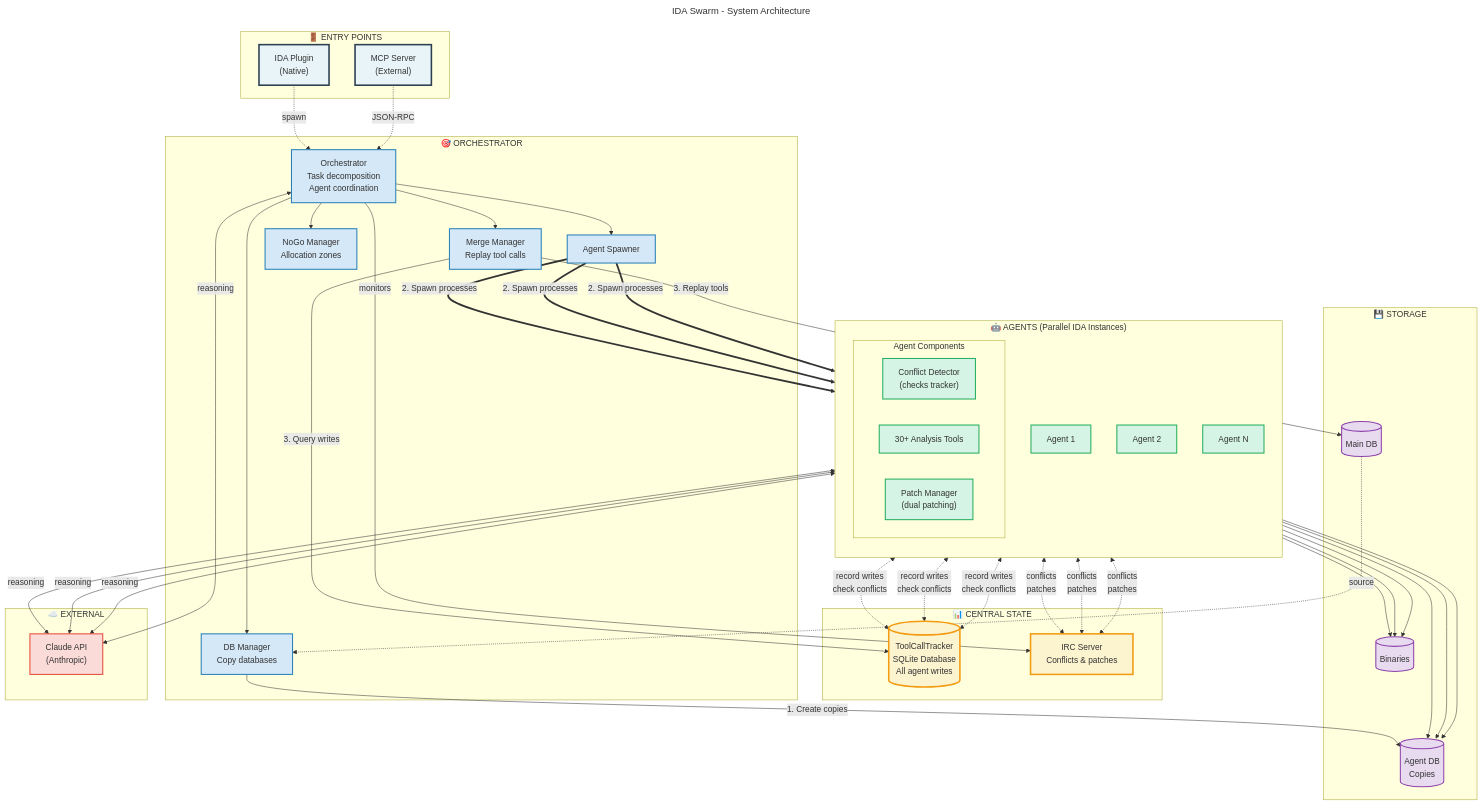
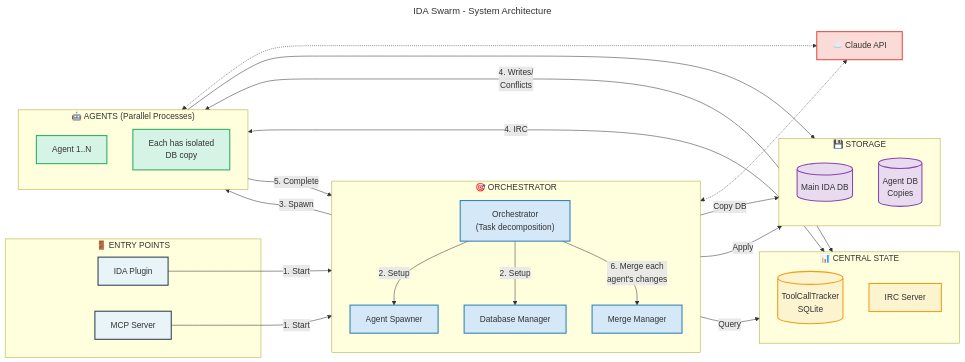
One commit to shells-above/ida-swarm changed the diagram in docs/architecture-main.mmd. Above: the diagram before and after it, drawn with Mermaid. The commit also changed 13 other files, not shown here.

First line of the commit message:
Update architecture diagrams to accurately reflect implementation

```diff
--- a/docs/architecture-main.mmd
+++ b/docs/architecture-main.mmd
@@ -1,106 +1,73 @@
 ---
 title: IDA Swarm - System Architecture
 ---
-graph TB
+graph LR
     subgraph entry["🚪 ENTRY POINTS"]
-        plugin["IDA Plugin<br/>(Native)"]
-        mcp["MCP Server<br/>(External)"]
+        plugin["IDA Plugin"]
+        mcp["MCP Server"]
     end
 
-    subgraph orchestrator["🎯 ORCHESTRATOR"]
-        orch["Orchestrator<br/>Task decomposition<br/>Agent coordination"]
-        spawn["Agent Spawner"]
-        dbmgr["DB Manager<br/>Copy databases"]
-        merge["Merge Manager<br/>Replay tool calls"]
-        nogo["NoGo Manager<br/>Allocation zones"]
+    subgraph orch["🎯 ORCHESTRATOR"]
+        direction TB
+        orchestrator["Orchestrator<br/>(Task decomposition)"]
+        spawner["Agent Spawner"]
+        dbmgr["Database Manager"]
+        merger["Merge Manager"]
     end
 
-    subgraph central["📊 CENTRAL STATE"]
-        tracker[("ToolCallTracker<br/>SQLite Database<br/>All agent writes")]
-        irc["IRC Server<br/>Conflicts & patches"]
+    subgraph state["📊 CENTRAL STATE"]
+        direction TB
+        tracker[("ToolCallTracker<br/>SQLite")]
+        irc["IRC Server"]
     end
 
-    subgraph agents["🤖 AGENTS (Parallel IDA Instances)"]
+    subgraph agent_box["🤖 AGENTS (Parallel Processes)"]
         direction TB
-        agent1["Agent 1"]
-        agent2["Agent 2"]
-        agentN["Agent N"]
-
-        subgraph agent_internals["Agent Components"]
-            conflict["Conflict Detector<br/>(checks tracker)"]
-            tools["30+ Analysis Tools"]
-            patch["Patch Manager<br/>(dual patching)"]
-        end
+        agent["Agent 1..N"]
+        agent_note["Each has isolated<br/>DB copy"]
     end
 
     subgraph storage["💾 STORAGE"]
-        maindb[("Main DB")]
+        direction TB
+        maindb[("Main IDA DB")]
         agentdbs[("Agent DB<br/>Copies")]
-        binaries[("Binaries")]
     end
 
-    subgraph external["☁️ EXTERNAL"]
-        claude["Claude API<br/>(Anthropic)"]
-    end
+    claude["☁️ Claude API"]
 
-    %% Entry to Orchestrator
-    plugin -.->|"spawn"| orch
-    mcp -.->|"JSON-RPC"| orch
+    %% Main flow
+    plugin -->|"1. Start"| orchestrator
+    mcp -->|"1. Start"| orchestrator
 
-    %% Orchestrator components
-    orch --> spawn
-    orch --> dbmgr
-    orch --> merge
-    orch --> nogo
+    orchestrator -->|"2. Setup"| spawner
+    orchestrator -->|"2. Setup"| dbmgr
 
-    %% Database creation
-    dbmgr -->|"1. Create copies"| agentdbs
-    maindb -.->|"source"| dbmgr
+    dbmgr -->|"Copy DB"| agentdbs
+    spawner -->|"3. Spawn"| agent
+    agent --> agentdbs
 
-    %% Agent spawning
-    spawn ==>|"2. Spawn processes"| agent1
-    spawn ==>|"2. Spawn processes"| agent2
-    spawn ==>|"2. Spawn processes"| agentN
+    agent <-->|"4. Writes/<br/>Conflicts"| tracker
+    agent <-->|"4. IRC"| irc
 
-    %% Agents work on their copies
-    agent1 --> agentdbs
-    agent2 --> agentdbs
-    agentN --> agentdbs
-    agent1 --> binaries
-    agent2 --> binaries
-    agentN --> binaries
+    agent -->|"5. Complete"| orchestrator
+    orchestrator -->|"6. Merge each<br/>agent's changes"| merger
+    merger -->|"Query"| tracker
+    merger -->|"Apply"| maindb
 
-    %% Central state interactions
-    agent1 <-.->|"record writes<br/>check conflicts"| tracker
-    agent2 <-.->|"record writes<br/>check conflicts"| tracker
-    agentN <-.->|"record writes<br/>check conflicts"| tracker
-
-    orch -->|"monitors"| irc
-    agent1 <-.->|"conflicts<br/>patches"| irc
-    agent2 <-.->|"conflicts<br/>patches"| irc
-    agentN <-.->|"conflicts<br/>patches"| irc
-
-    %% Merge back
-    merge -->|"3. Query writes"| tracker
-    merge -->|"3. Replay tools"| maindb
-
-    %% Claude API
-    orch <-->|"reasoning"| claude
-    agent1 <-->|"reasoning"| claude
-    agent2 <-->|"reasoning"| claude
-    agentN <-->|"reasoning"| claude
+    orchestrator <-.-> claude
+    agent <-.-> claude
 
     %% Styling
-    classDef entryStyle fill:#E8F4F8,stroke:#2C3E50,stroke-width:3px
+    classDef entryStyle fill:#E8F4F8,stroke:#2C3E50,stroke-width:2px
     classDef orchStyle fill:#D5E8F7,stroke:#2980B9,stroke-width:2px
-    classDef centralStyle fill:#FCF3CF,stroke:#F39C12,stroke-width:3px
+    classDef stateStyle fill:#FCF3CF,stroke:#F39C12,stroke-width:2px
     classDef agentStyle fill:#D5F4E6,stroke:#27AE60,stroke-width:2px
     classDef storageStyle fill:#E8DAEF,stroke:#8E44AD,stroke-width:2px
     classDef externalStyle fill:#FADBD8,stroke:#E74C3C,stroke-width:2px
 
     class plugin,mcp entryStyle
-    class orch,spawn,dbmgr,merge,nogo orchStyle
-    class tracker,irc centralStyle
-    class agent1,agent2,agentN,conflict,tools,patch agentStyle
-    class maindb,agentdbs,binaries storageStyle
+    class orchestrator,spawner,dbmgr,merger orchStyle
+    class tracker,irc stateStyle
+    class agent,agent_note agentStyle
+    class maindb,agentdbs storageStyle
     class claude externalStyle
```
